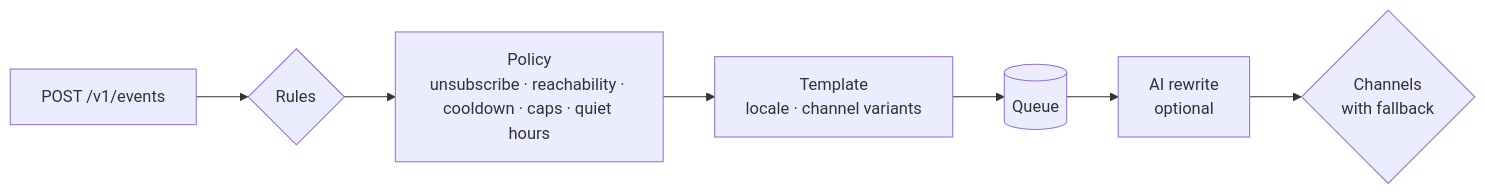
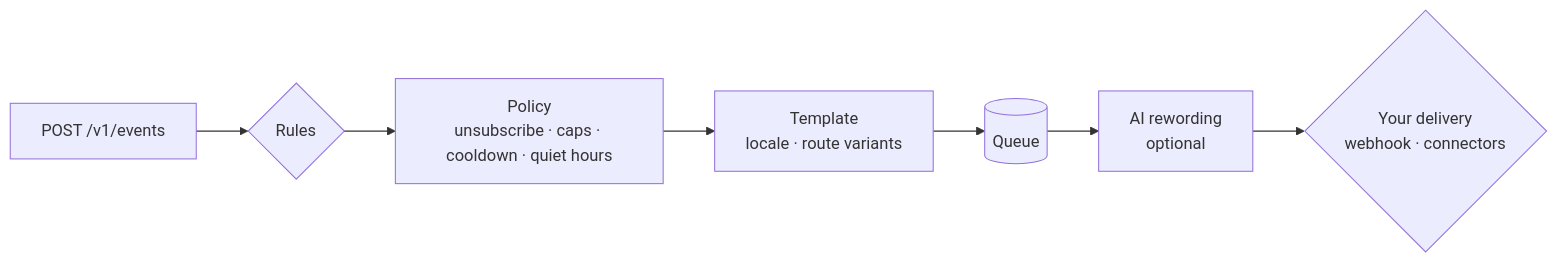
Before and after one commit to murtazox04/Cue: the diagram in README.md, drawn with Mermaid. The commit also changed other lines of this file and 16 other files, not shown here.

````diff
--- a/README.md
+++ b/README.md
@@ -78,9 +115,9 @@
 ```mermaid
 flowchart LR
     E[POST /v1/events] --> R{Rules}
-    R --> P[Policy<br/>unsubscribe · reachability · cooldown · caps · quiet hours]
-    P --> T[Template<br/>locale · channel variants]
+    R --> P[Policy<br/>unsubscribe · caps · cooldown · quiet hours]
+    P --> T[Template<br/>locale · route variants]
     T --> Q[(Queue)]
-    Q --> A[AI rewrite<br/>optional]
-    A --> C{Channels<br/>with fallback}
+    Q --> A[AI rewording<br/>optional]
+    A --> C{Your delivery<br/>webhook · connectors}
 ```
````
